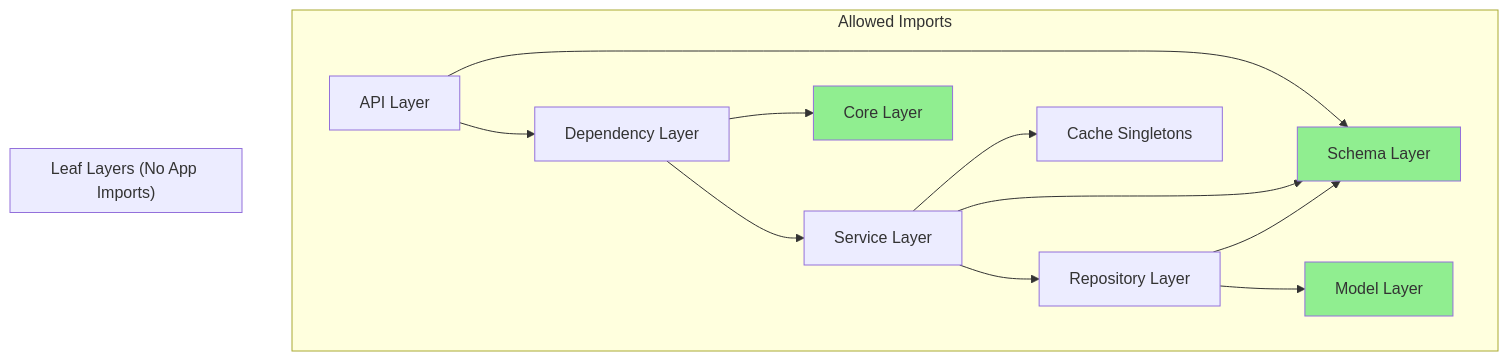
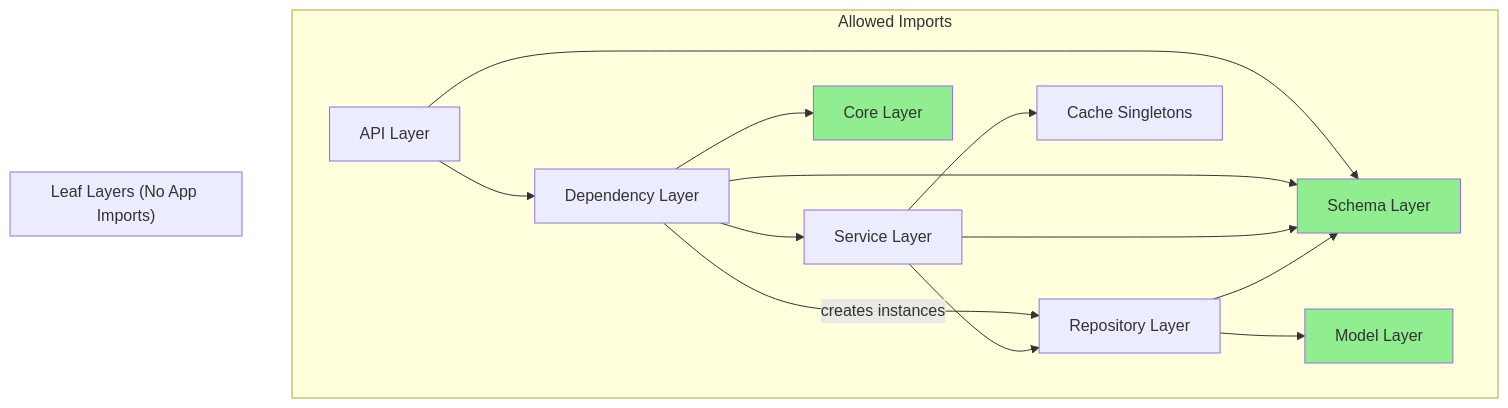
The fourth of 8 diagrams in docs/backend-architecture.md (eslam5464/Fastapi-Template), drawn with Mermaid before and after one commit. The commit also changed other lines of this file, not shown here.

Commit message:
update backend architecture documentation for clarity and scalability

````diff
--- a/docs/backend-architecture.md
+++ b/docs/backend-architecture.md
@@ -1274,24 +1393,26 @@
 ```mermaid
 flowchart TD
     subgraph "Allowed Imports"
         API[API Layer] --> Deps[Dependency Layer]
         API --> Schemas
         Deps --> Services[Service Layer]
+        Deps -->|creates instances| Repos[Repository Layer]
         Deps --> Core
-        Services --> Repos[Repository Layer]
+        Deps --> Schemas
+        Services --> Repos
         Services --> Schemas
         Services --> Cache[Cache Singletons]
         Repos --> Models[Model Layer]
         Repos --> Schemas
     end
 
     subgraph "Leaf Layers (No App Imports)"
         Core[Core Layer]
         Schemas[Schema Layer]
         Models
     end
 
     style Core fill:#90EE90
     style Schemas fill:#90EE90
     style Models fill:#90EE90
 ```
````
